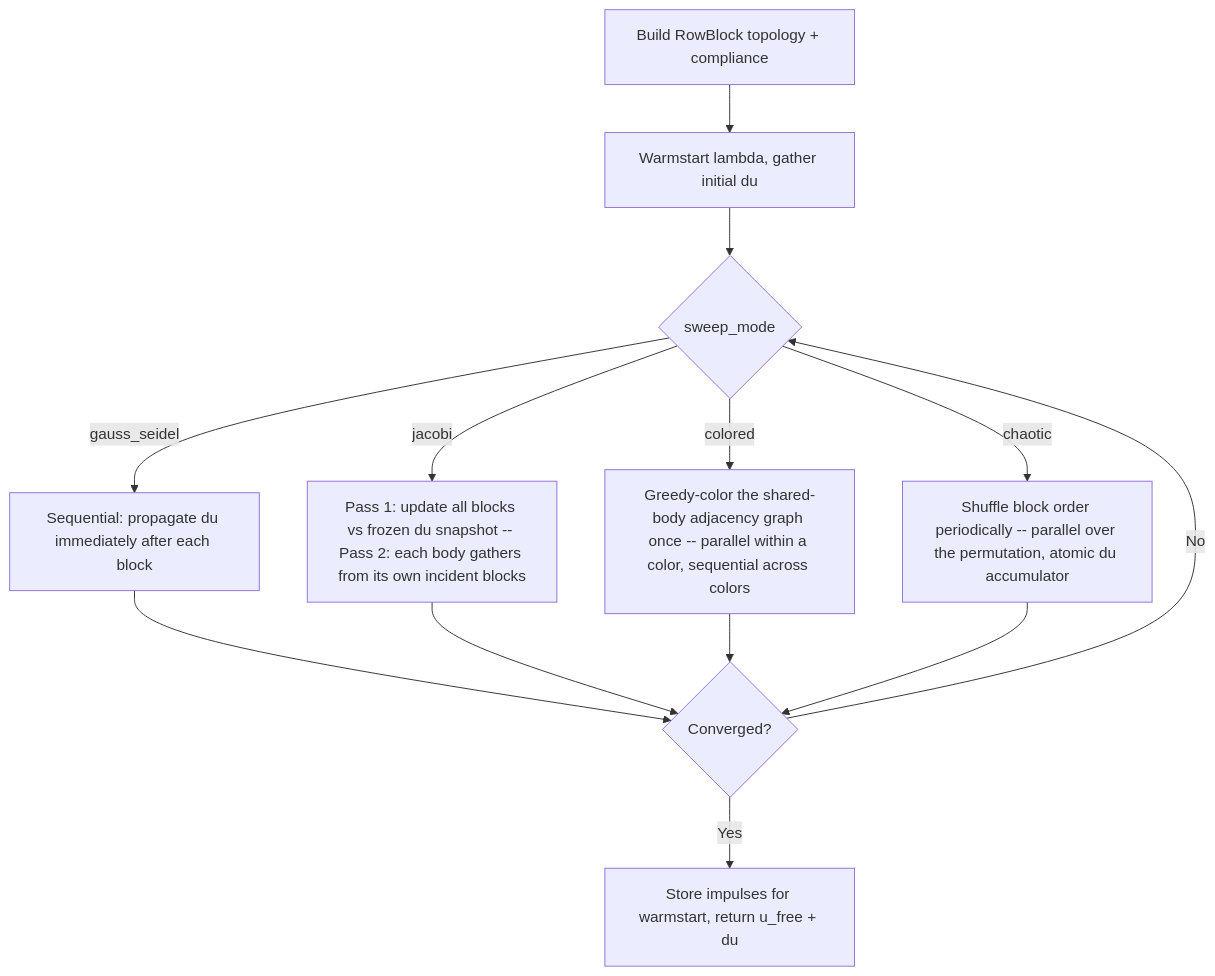
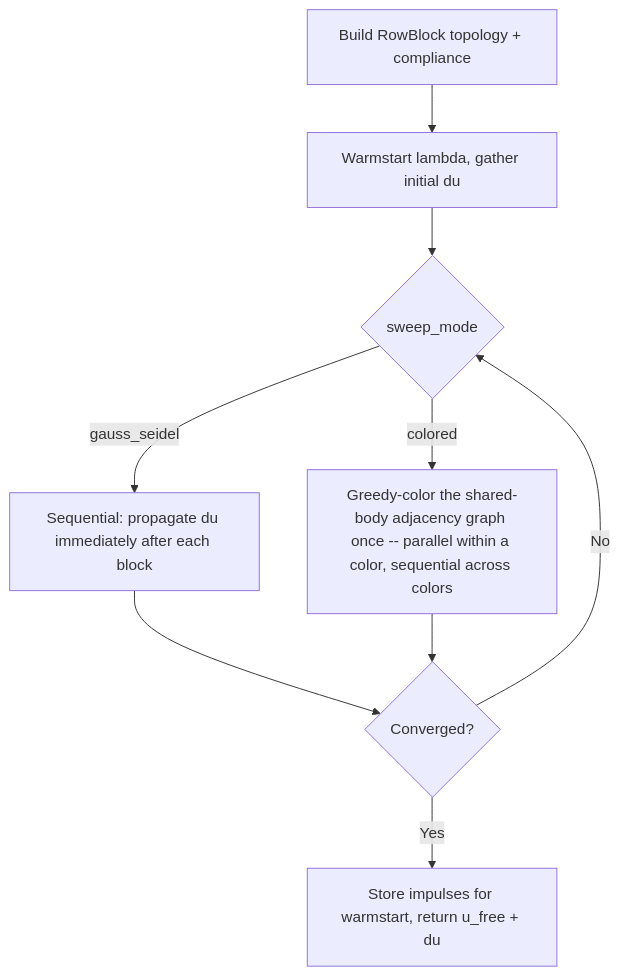
One commit to CardilloCxx/CardilloCxx changed the diagram in docs/chapters/solvers/condensed.rst. Above: the diagram before and after it, drawn with Mermaid. The commit also changed other lines of this file and 113 other files, not shown here.

```diff
--- a/docs/chapters/solvers/condensed.rst
+++ b/docs/chapters/solvers/condensed.rst
@@ -248,15 +242,11 @@
 .. mermaid::
 
    flowchart TD
        A[Build RowBlock topology + compliance] --> B[Warmstart lambda, gather initial du]
        B --> C{sweep_mode}
        C -- gauss_seidel --> D[Sequential: propagate du immediately after each block]
-       C -- jacobi --> E[Pass 1: update all blocks vs frozen du snapshot -- Pass 2: each body gathers from its own incident blocks]
        C -- colored --> F[Greedy-color the shared-body adjacency graph once -- parallel within a color, sequential across colors]
-       C -- chaotic --> G[Shuffle block order periodically -- parallel over the permutation, atomic du accumulator]
        D --> H{Converged?}
-       E --> H
        F --> H
-       G --> H
        H -- No --> C
        H -- Yes --> I[Store impulses for warmstart, return u_free + du]
```
